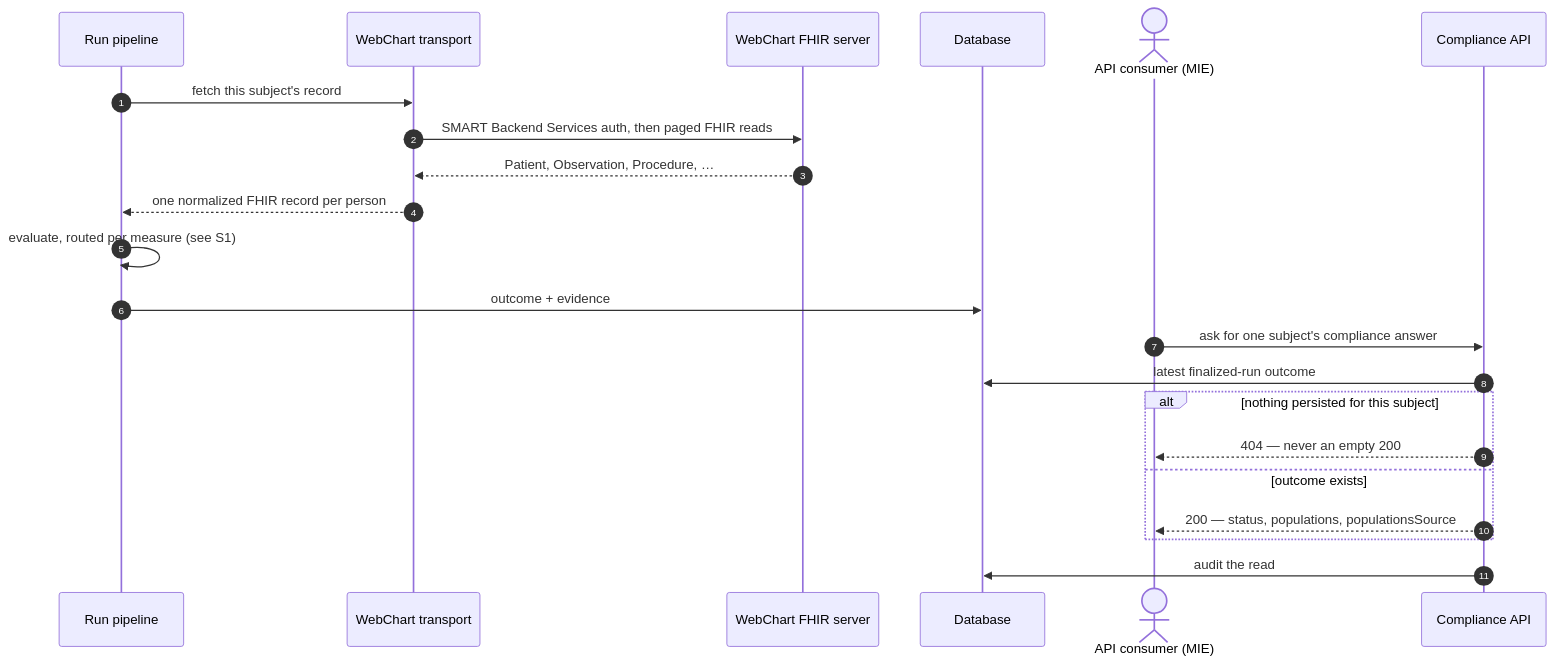
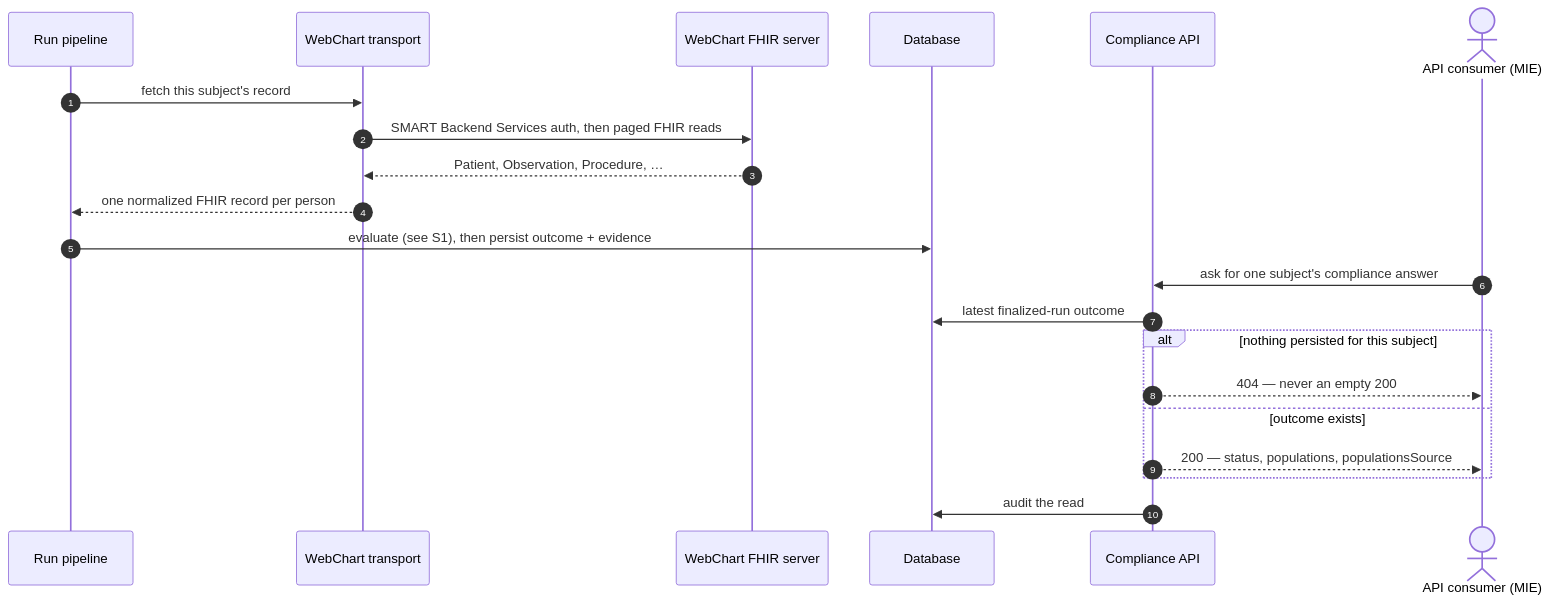
The second of 6 diagrams in docs/guide/10-scenarios.md (Taleef7/workwell), drawn with Mermaid before and after one commit. The commit also changed other lines of this file, not shown here.

````diff
--- a/docs/guide/10-scenarios.md
+++ b/docs/guide/10-scenarios.md
@@ -85,24 +119,23 @@
 ```mermaid
 sequenceDiagram
   autonumber
   participant Pipe as Run pipeline
   participant TX as WebChart transport
   participant WC as WebChart FHIR server
   participant DB as Database
+  participant CAPI as Compliance API
   actor MIE as API consumer (MIE)
-  participant CAPI as Compliance API
   Pipe->>TX: fetch this subject's record
   TX->>WC: SMART Backend Services auth, then paged FHIR reads
   WC-->>TX: Patient, Observation, Procedure, …
   TX-->>Pipe: one normalized FHIR record per person
-  Pipe->>Pipe: evaluate, routed per measure (see S1)
-  Pipe->>DB: outcome + evidence
+  Pipe->>DB: evaluate (see S1), then persist outcome + evidence
   MIE->>CAPI: ask for one subject's compliance answer
   CAPI->>DB: latest finalized-run outcome
   alt nothing persisted for this subject
     CAPI-->>MIE: 404 — never an empty 200
   else outcome exists
     CAPI-->>MIE: 200 — status, populations, populationsSource
   end
   CAPI->>DB: audit the read
 ```
````
